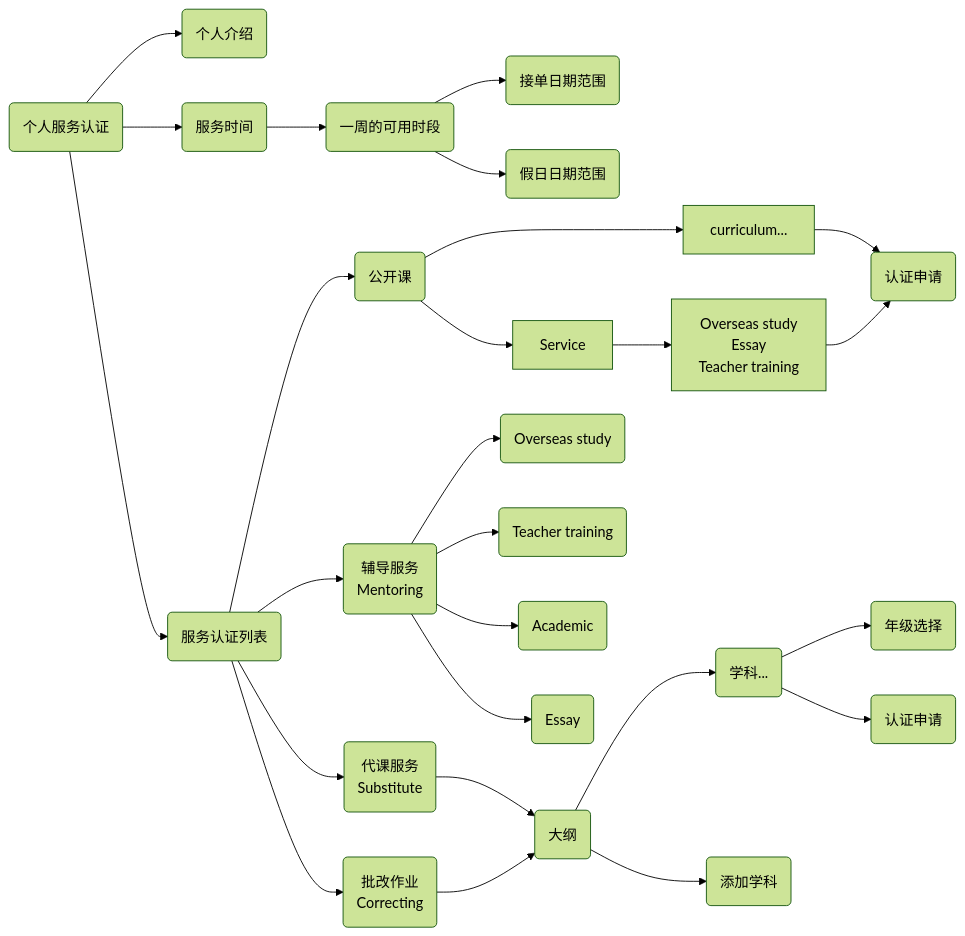
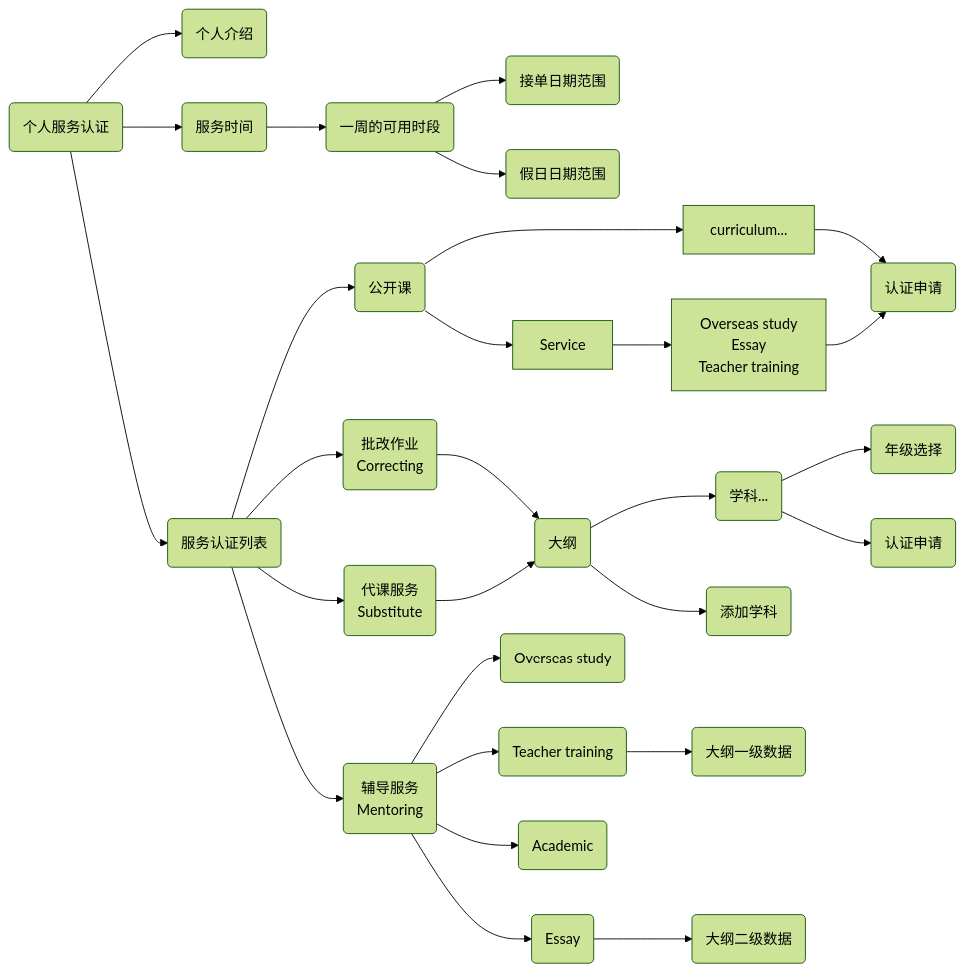
The second of 2 diagrams in fio/service.md (zran-nz/doc), drawn with Mermaid (forest theme) before and after one commit. The commit also changed other lines of this file, not shown here.

````diff
--- a/fio/service.md
+++ b/fio/service.md
@@ -3,28 +23,30 @@
 ```mermaid
 graph LR
     T(个人服务认证) --> P(个人介绍)
     T --> S(服务时间)
     S --> S1(一周的可用时段)
     S1 --> S2(接单日期范围)
     S1 --> S3(假日日期范围)
     T --> C(服务认证列表)
     C --> W(公开课)
     W --> W1[curriculum...]
     W1 --> W11(认证申请)
     W --> W2[Service]
     W2 --> W3[Overseas study<br>Essay<br>Teacher training]
     W3 --> W11(认证申请)
     C --> C2(批改作业<br>Correcting)
     C --> C3(代课服务<br>Substitute)
     C3 --> C20(大纲)
     C2 --> C20(大纲)
     C20 --> C21(学科...)
     C21 --> C212(年级选择)
     C21 --> C211(认证申请)
     C20 --> C22(添加学科)
     C --> C4(辅导服务<br>Mentoring)
     C4 --> C41(Overseas study)
     C4 --> C42(Teacher training)
     C4 --> C43(Academic)
     C4 --> C44(Essay)
+    C42 --> C421(大纲一级数据)
+    C44 --> C441(大纲二级数据)
 ```
````
